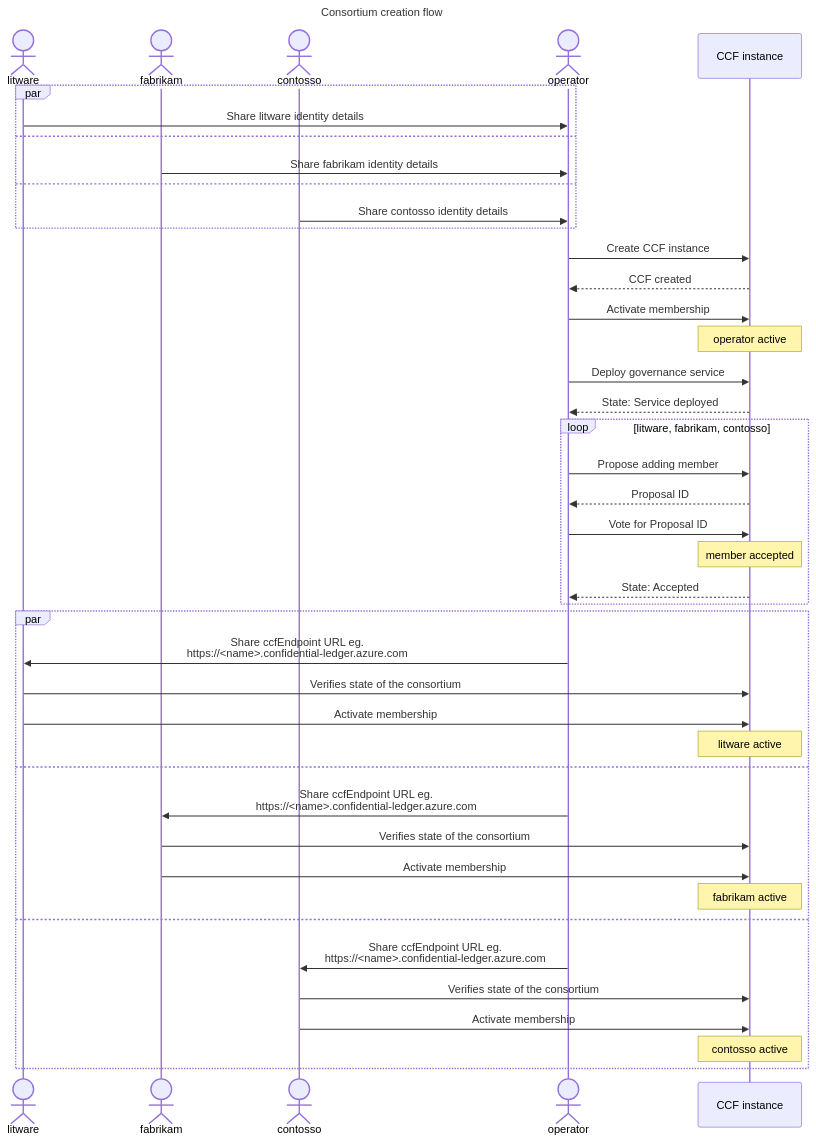
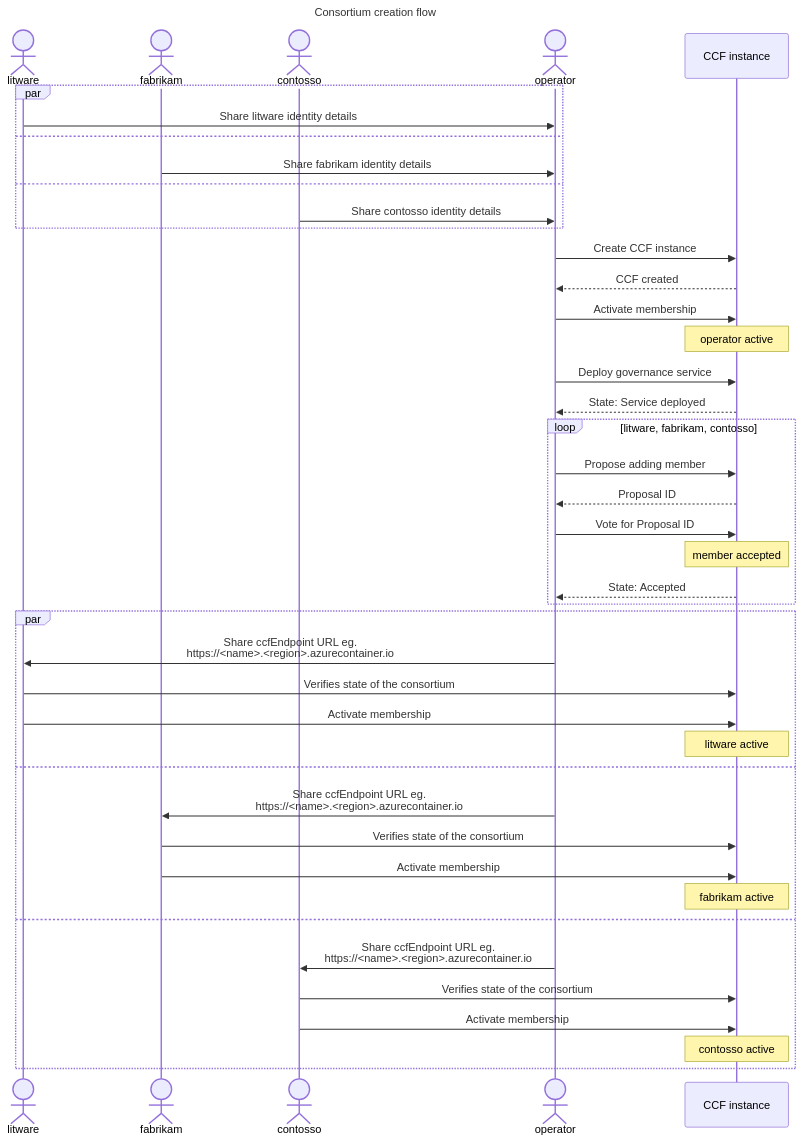
The second of 5 diagrams in README.md (hprabh/azure-cleanroom-samples), drawn with Mermaid before and after one commit.

````diff
--- a/README.md
+++ b/README.md
@@ -285,47 +285,47 @@
 ```mermaid
 sequenceDiagram
     title Consortium creation flow
     actor m0 as litware
     actor m1 as fabrikam
     actor m2 as contosso
     actor mx as operator
     participant CCF as CCF instance
 
     par
       m0->>mx: Share litware identity details
     and
       m1->>mx: Share fabrikam identity details
     and
       m2->>mx: Share contosso identity details
     end
     mx->>CCF: Create CCF instance
 
     CCF-->>mx: CCF created
     mx->>CCF: Activate membership
     Note over CCF: operator active
     mx->>CCF: Deploy governance service
     CCF-->>mx: State: Service deployed
     loop litware, fabrikam, contosso
       mx->>CCF: Propose adding member
       CCF-->>mx: Proposal ID
       mx->>CCF: Vote for Proposal ID
       Note over CCF: member accepted
       CCF-->>mx: State: Accepted
     end
     par
-      mx->>m0: Share ccfEndpoint URL eg.<br>https://<name>.confidential-ledger.azure.com
+      mx->>m0: Share ccfEndpoint URL eg.<br>https://<name>.<region>.azurecontainer.io
       m0->>CCF: Verifies state of the consortium
       m0->>CCF: Activate membership
       Note over CCF: litware active
     and
-      mx->>m1: Share ccfEndpoint URL eg.<br>https://<name>.confidential-ledger.azure.com
+      mx->>m1: Share ccfEndpoint URL eg.<br>https://<name>.<region>.azurecontainer.io
       m1->>CCF: Verifies state of the consortium
       m1->>CCF: Activate membership
       Note over CCF: fabrikam active
     and
-      mx->>m2: Share ccfEndpoint URL eg.<br>https://<name>.confidential-ledger.azure.com
+      mx->>m2: Share ccfEndpoint URL eg.<br>https://<name>.<region>.azurecontainer.io
       m2->>CCF: Verifies state of the consortium
       m2->>CCF: Activate membership
       Note over CCF: contosso active
     end
 ```
````
